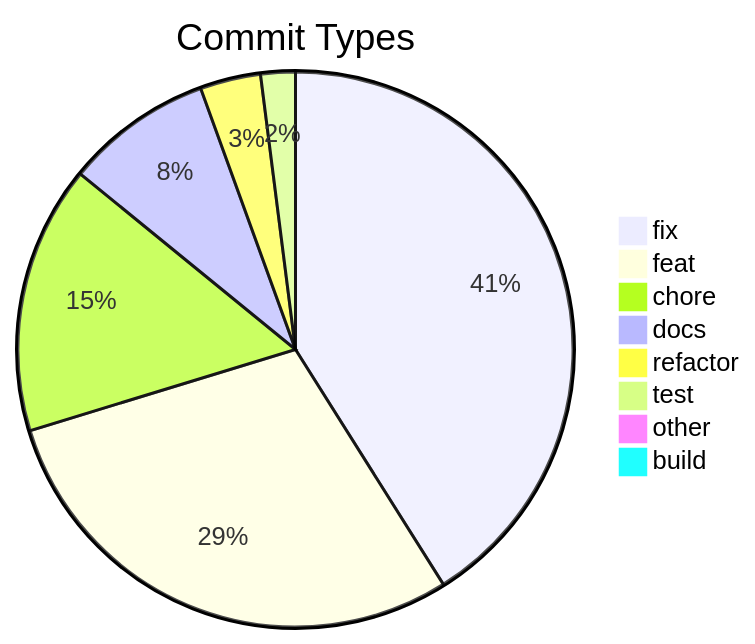
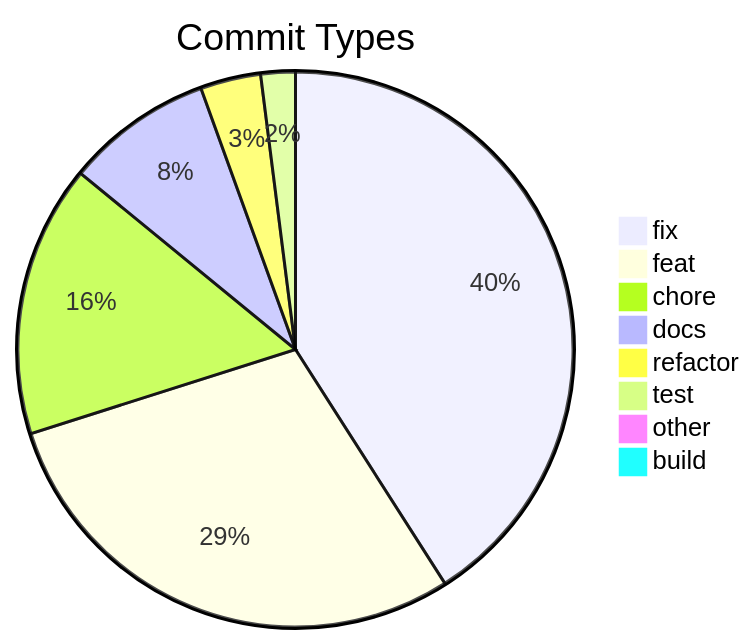
The diagram in .shipwright/compliance/change-history.md (svenroth-ai/shipwright-webui), drawn with Mermaid before and after one commit. The commit also changed other lines of this file and 13 other files, not shown here.

````diff
--- a/.shipwright/compliance/change-history.md
+++ b/.shipwright/compliance/change-history.md
@@ -8,11 +8,11 @@
 ```mermaid
 pie title Commit Types
     "fix" : 163
     "feat" : 116
-    "chore" : 62
+    "chore" : 63
     "docs" : 34
     "refactor" : 14
     "test" : 8
     "other" : 4
     "build" : 1
 ```
````
